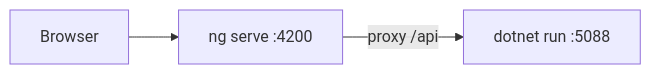
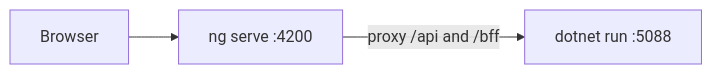
One commit to SDS37/CMS-Example changed the first of 3 diagrams in docs/angular-build.md. Above: the diagram before and after it, drawn with Mermaid. The commit also changed other lines of this file and 19 other files, not shown here.

````diff
--- a/docs/angular-build.md
+++ b/docs/angular-build.md
@@ -9,5 +9,5 @@
 ```mermaid
 flowchart LR
     browser[Browser] --> ng["ng serve :4200"]
-    ng -->|"proxy /api"| bff["dotnet run :5088"]
+    ng -->|"proxy /api and /bff"| bff["dotnet run :5088"]
 ```
````
